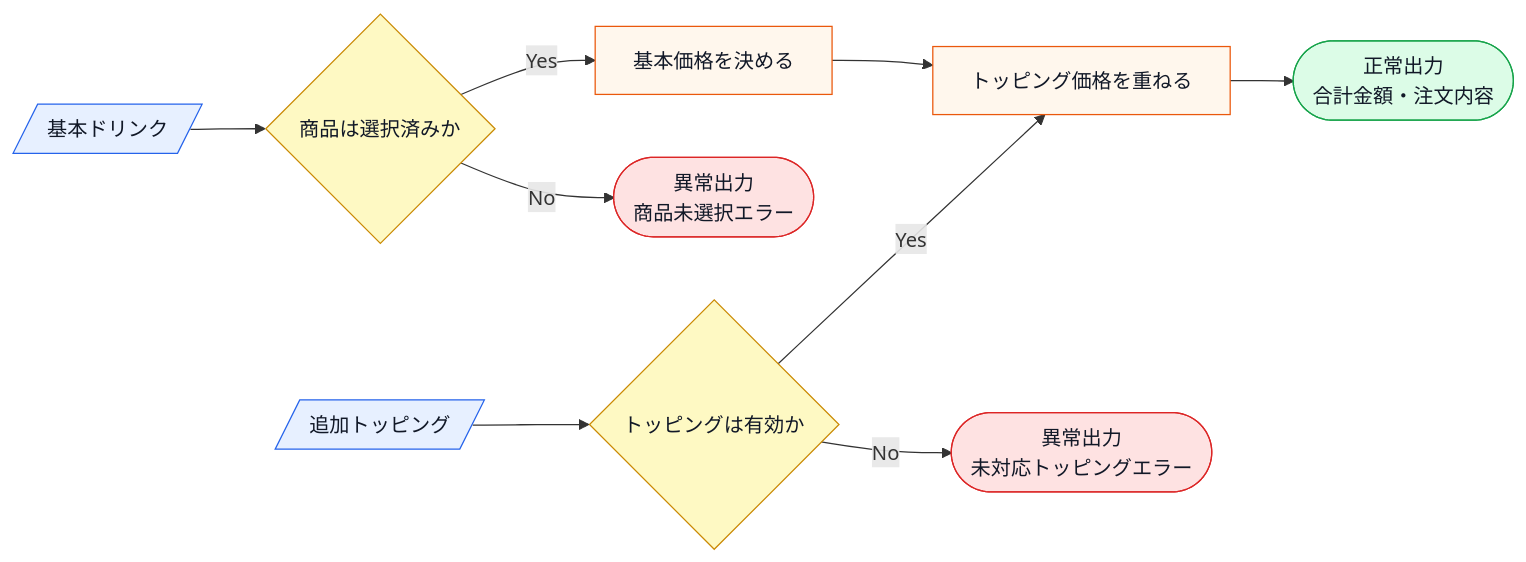
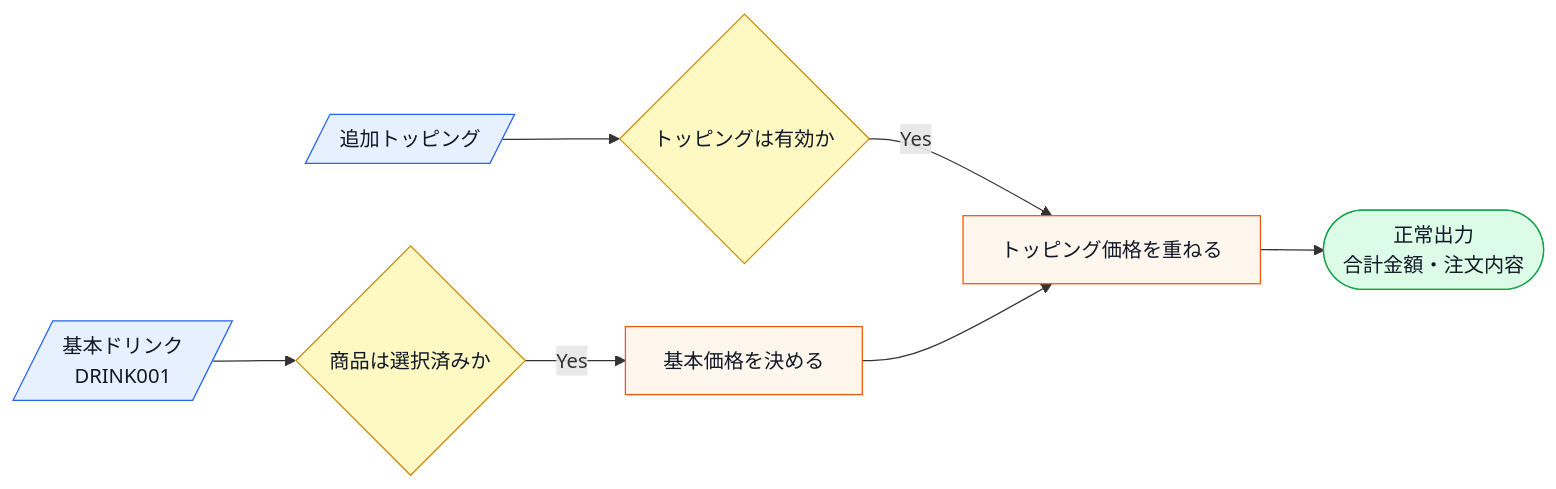
Before and after one commit to kumachan1101-pixel/DesignPattern: the second of 8 diagrams in kindle/design-patterns/output/chapter06.md, drawn with Mermaid. The commit also changed other lines of this file and 11 other files, not shown here.

Commit message:
docs: 残タスクの仕様図と外部境界を全章反映

````diff
--- a/kindle/design-patterns/output/chapter06.md
+++ b/kindle/design-patterns/output/chapter06.md
@@ -47,17 +68,14 @@
 ```mermaid
 flowchart LR
-    A[/基本ドリンク/]:::input --> B{商品は選択済みか}:::decision
+    A[/基本ドリンク<br>DRINK001/]:::input --> B{商品は選択済みか}:::decision
     C[/追加トッピング/]:::input --> D{トッピングは有効か}:::decision
     B -->|Yes| E[基本価格を決める]:::process
     D -->|Yes| F[トッピング価格を重ねる]:::process
     E --> F
     F --> G([正常出力<br>合計金額・注文内容]):::normal
-    B -->|No| H([異常出力<br>商品未選択エラー]):::error
-    D -->|No| I([異常出力<br>未対応トッピングエラー]):::error
 
     classDef input fill:#e7f0ff,stroke:#2563eb,color:#111827;
     classDef process fill:#fff7ed,stroke:#ea580c,color:#111827;
     classDef decision fill:#fef9c3,stroke:#ca8a04,color:#111827;
     classDef normal fill:#dcfce7,stroke:#16a34a,color:#111827;
-    classDef error fill:#fee2e2,stroke:#dc2626,color:#111827;
 ```
````
